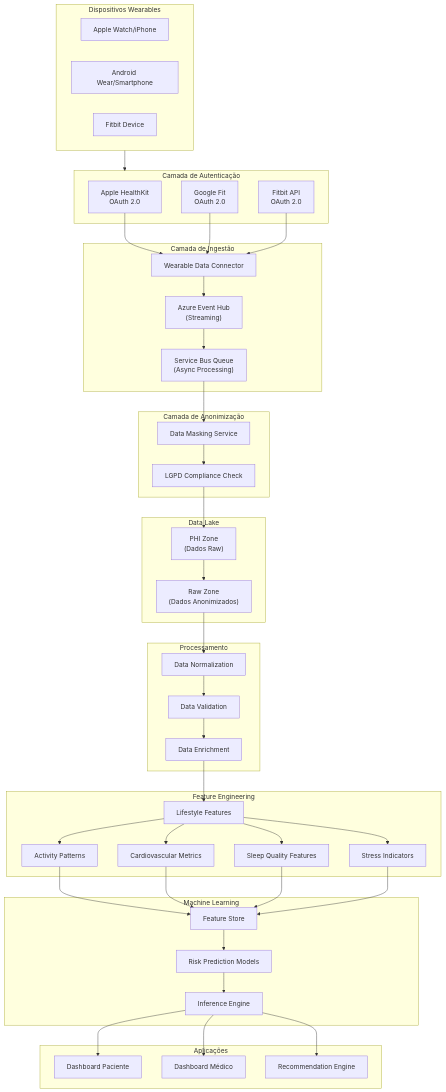
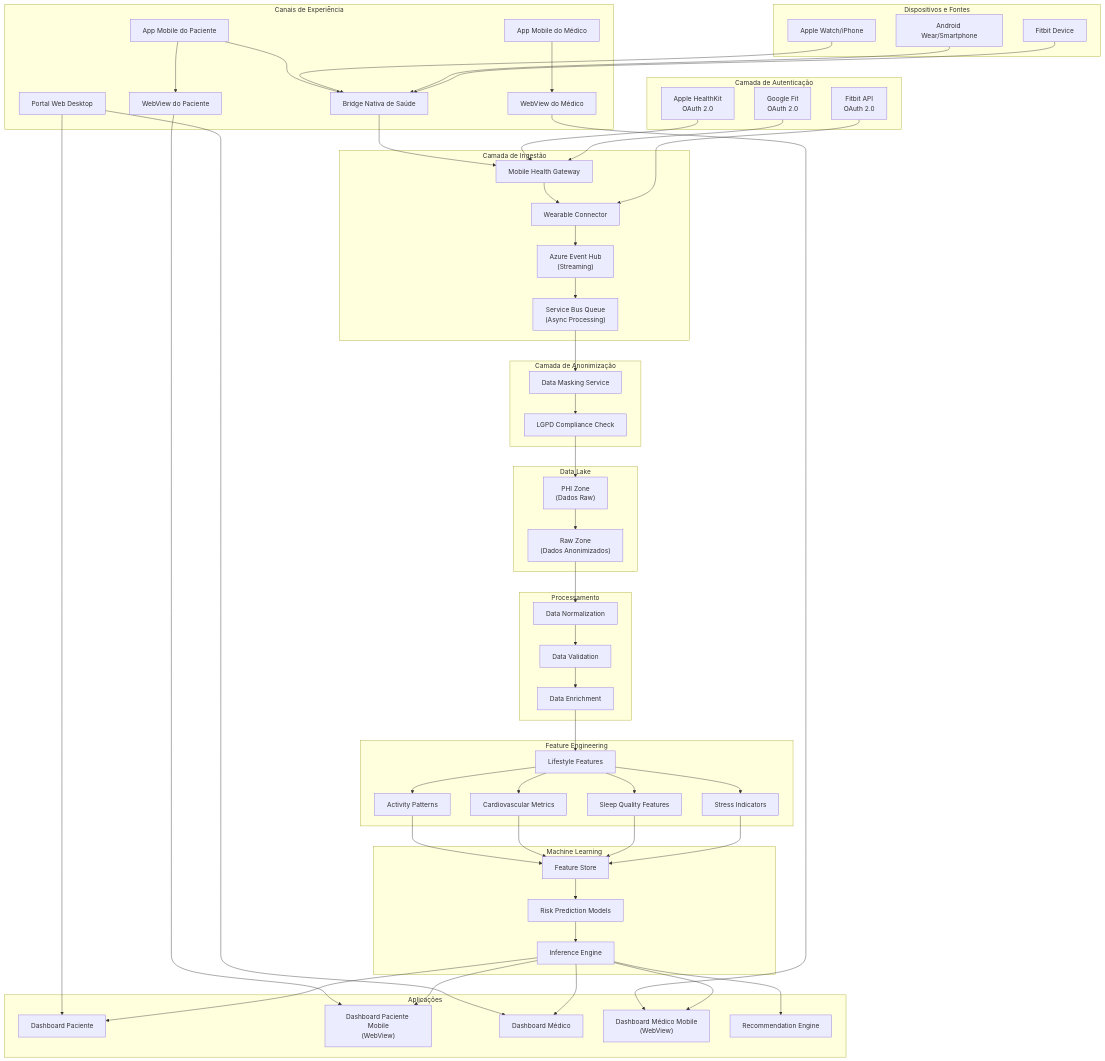
One commit to ccps1-care-predict/care-plus-ccps1 changed the diagram in INTEGRACAO_WEARABLES.md. Above: the diagram before and after it, drawn with Mermaid. The commit also changed other lines of this file and 6 other files, not shown here.

````diff
--- a/INTEGRACAO_WEARABLES.md
+++ b/INTEGRACAO_WEARABLES.md
@@ -39,7 +63,16 @@
 ```mermaid
 flowchart TB
 
-subgraph WearableDevices["Dispositivos Wearables"]
+subgraph Experience["Canais de Experiência"]
+    DesktopWeb["Portal Web Desktop"]
+    PatientMobileShell["App Mobile do Paciente"]
+    DoctorMobileShell["App Mobile do Médico"]
+    PatientMobileWebView["WebView do Paciente"]
+    DoctorMobileWebView["WebView do Médico"]
+    NativeHealth["Bridge Nativa de Saúde"]
+end
+
+subgraph WearableDevices["Dispositivos e Fontes"]
     AppleWatch[Apple Watch/iPhone]
     AndroidWear[Android Wear/Smartphone]
     Fitbit[Fitbit Device]
@@ -52,7 +85,8 @@
 end
 
 subgraph IngestLayer["Camada de Ingestão"]
-    WearableConnector["Wearable Data Connector"]
+    WearableConnector["Wearable Connector"]
+    MobileGateway["Mobile Health Gateway"]
     EventHub["Azure Event Hub<br/>(Streaming)"]
     Queue["Service Bus Queue<br/>(Async Processing)"]
 end
@@ -89,14 +123,30 @@
 
 subgraph ApplicationLayer["Aplicações"]
     PatientDash["Dashboard Paciente"]
+    PatientMobileDash["Dashboard Paciente Mobile<br/>(WebView)"]
     DoctorDash["Dashboard Médico"]
+    DoctorMobileDash["Dashboard Médico Mobile<br/>(WebView)"]
     Recommendations["Recommendation Engine"]
 end
 
-WearableDevices --> AuthLayer
-AppleAuth --> WearableConnector
-GoogleAuth --> WearableConnector
+DesktopWeb --> PatientDash
+DesktopWeb --> DoctorDash
+PatientMobileShell --> PatientMobileWebView
+PatientMobileWebView --> PatientMobileDash
+DoctorMobileShell --> DoctorMobileWebView
+DoctorMobileWebView --> DoctorMobileDash
+PatientMobileShell --> NativeHealth
+
+AppleWatch --> NativeHealth
+AndroidWear --> NativeHealth
+Fitbit --> NativeHealth
+
+NativeHealth --> MobileGateway
+MobileGateway --> WearableConnector
+
 FitbitAuth --> WearableConnector
+AppleAuth --> MobileGateway
+GoogleAuth --> MobileGateway
 
 WearableConnector --> EventHub
 EventHub --> Queue
@@ -123,6 +173,8 @@
 FeatureStore --> RiskModels
 RiskModels --> Inference
 Inference --> PatientDash
+Inference --> PatientMobileDash
 Inference --> DoctorDash
+Inference --> DoctorMobileDash
 Inference --> Recommendations
 ```
````
